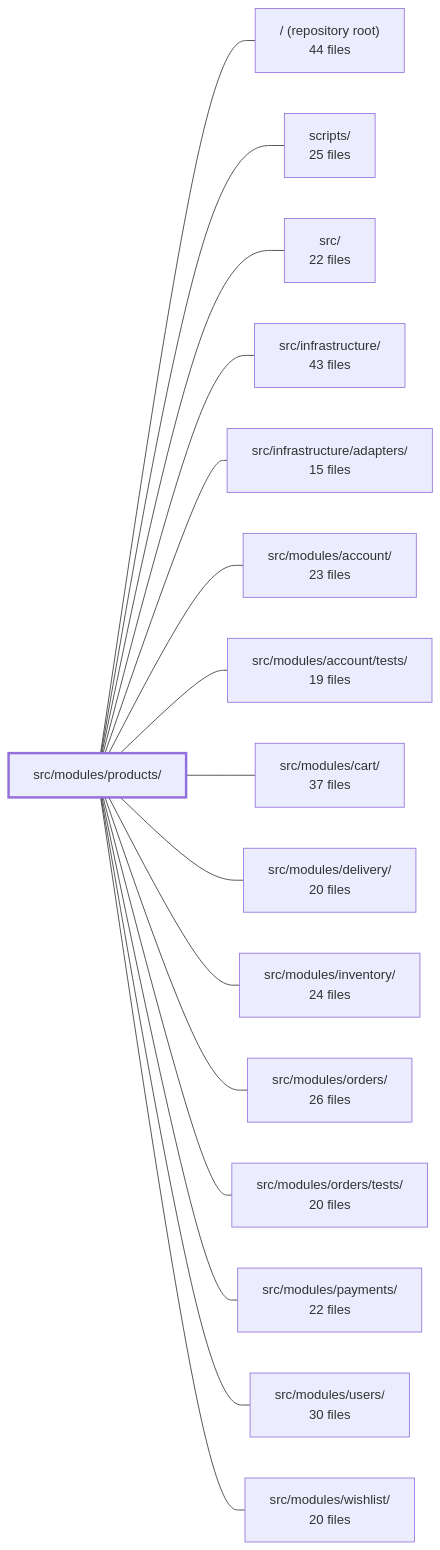
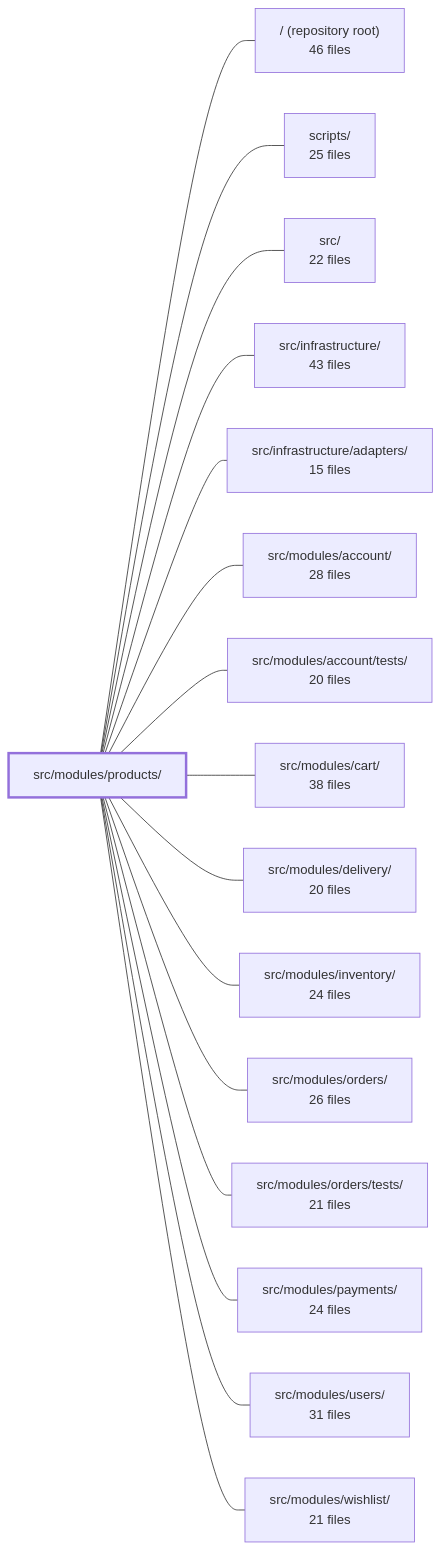
One commit to Guebbit/boilerplate-node-backend changed the diagram in .2repo/modules/boilerplate-node-backend_src_modules_products.md. Above: the diagram before and after it, drawn with Mermaid. The commit also changed other lines of this file and 302 other files, not shown here.

First line of the commit message:
chore(2repo): refresh repo context, wiki, and architecture snapshots

````diff
--- a/.2repo/modules/boilerplate-node-backend_src_modules_products.md
+++ b/.2repo/modules/boilerplate-node-backend_src_modules_products.md
@@ -42,35 +42,35 @@
 ```mermaid
 flowchart LR
     m_src_modules_products["src/modules/products/"]
-    m_root["/ (repository root)<br/>44 files"]
+    m_root["/ (repository root)<br/>46 files"]
     m_scripts["scripts/<br/>25 files"]
     m_src["src/<br/>22 files"]
     m_src_infrastructure["src/infrastructure/<br/>43 files"]
     m_src_infrastructure_adapters["src/infrastructure/adapters/<br/>15 files"]
-    m_src_modules_account["src/modules/account/<br/>23 files"]
-    m_src_modules_account_tests["src/modules/account/tests/<br/>19 files"]
-    m_src_modules_cart["src/modules/cart/<br/>37 files"]
+    m_src_modules_account["src/modules/account/<br/>28 files"]
+    m_src_modules_account_tests["src/modules/account/tests/<br/>20 files"]
+    m_src_modules_cart["src/modules/cart/<br/>38 files"]
     m_src_modules_delivery["src/modules/delivery/<br/>20 files"]
     m_src_modules_inventory["src/modules/inventory/<br/>24 files"]
     m_src_modules_orders["src/modules/orders/<br/>26 files"]
-    m_src_modules_orders_tests["src/modules/orders/tests/<br/>20 files"]
-    m_src_modules_payments["src/modules/payments/<br/>22 files"]
-    m_src_modules_users["src/modules/users/<br/>30 files"]
-    m_src_modules_wishlist["src/modules/wishlist/<br/>20 files"]
+    m_src_modules_orders_tests["src/modules/orders/tests/<br/>21 files"]
+    m_src_modules_payments["src/modules/payments/<br/>24 files"]
+    m_src_modules_users["src/modules/users/<br/>31 files"]
+    m_src_modules_wishlist["src/modules/wishlist/<br/>21 files"]
     m_src_modules_products --- m_root
     m_src_modules_products --- m_scripts
     m_src_modules_products --- m_src
     m_src_modules_products --- m_src_infrastructure
     m_src_modules_products --- m_src_infrastructure_adapters
     m_src_modules_products --- m_src_modules_account
     m_src_modules_products --- m_src_modules_account_tests
     m_src_modules_products --- m_src_modules_cart
     m_src_modules_products --- m_src_modules_delivery
     m_src_modules_products --- m_src_modules_inventory
     m_src_modules_products --- m_src_modules_orders
     m_src_modules_products --- m_src_modules_orders_tests
     m_src_modules_products --- m_src_modules_payments
     m_src_modules_products --- m_src_modules_users
     m_src_modules_products --- m_src_modules_wishlist
     style m_src_modules_products stroke-width:3px
 ```
````
